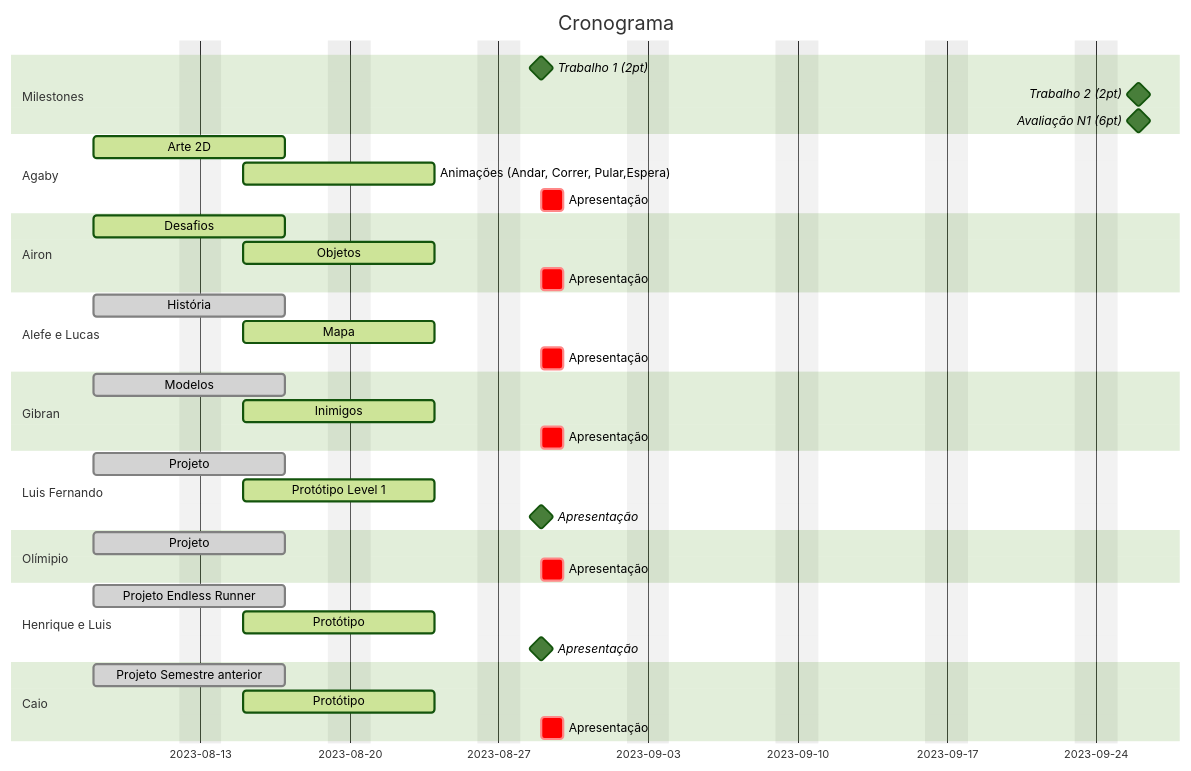
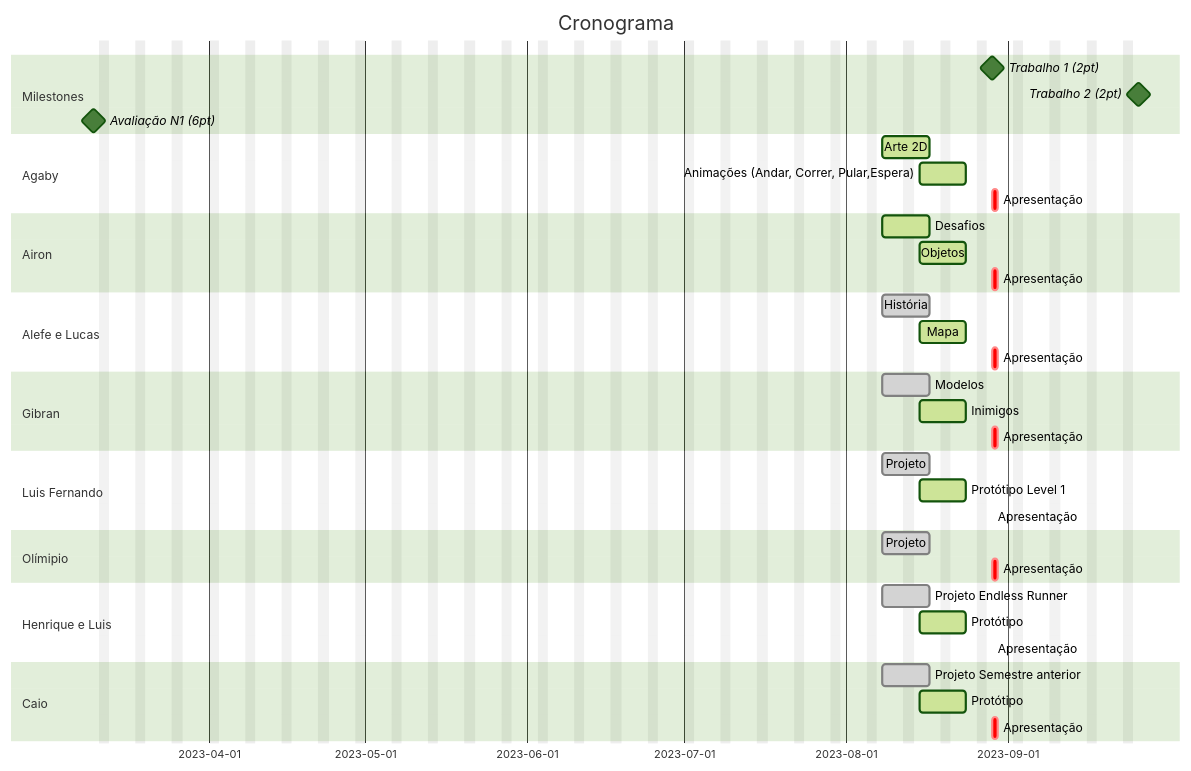
The diagram in docs/_pages/planejamento/02-projetos-acompanhamento.md (myerco/CafeGeek), drawn with Mermaid (forest theme) before and after one commit. The commit also changed 2 other files, not shown here.

```diff
--- a/docs/_pages/planejamento/02-projetos-acompanhamento.md
+++ b/docs/_pages/planejamento/02-projetos-acompanhamento.md
@@ -19,51 +19,51 @@
 <div class="mermaid">
 gantt
     title Cronograma
     dateFormat YYYY-MM-DD
     excludes weekends
 
     section Milestones
         Trabalho 1 (2pt)             :milestone, 2023-08-29, 0d
         Trabalho 2 (2pt)             :milestone, 2023-09-26, 0d        
-        Avaliação N1 (6pt)           :milestone, 2023-09-26, 0d                
+        Avaliação N1 (6pt)           :milestone, 2023-03-10, 0d                
 
     section Agaby
     Arte 2D                                   :active,  a1, 2023-08-08, 7d
     Animações (Andar, Correr, Pular,Espera)   :active,  a2, 2023-08-15, 7d
     Apresentação                              :crit, a3, 2023-08-29, 1d                
     
     section Airon
     Desafios                                  :active, b1,2023-08-08, 7d
     Objetos                                   :active,  b2, 2023-08-15,7d
     Apresentação                              :crit, b3, 2023-08-29, 1d                    
 
     section Alefe e Lucas
     História                                  :done, c1,2023-08-08, 7d
     Mapa                                      :active,  c1, 2023-08-15,7d
     Apresentação                              :crit, c3, 2023-08-29, 1d                    
 
     section Gibran
     Modelos                                  :done, d1,2023-08-08, 7d
     Inimigos                                 :active,  d2, 2023-08-15,7d
     Apresentação                             :crit, d3, 2023-08-29, 1d                        
 
     section Luis Fernando
-    Projeto                                  :done, b1,2023-08-08, 7d
-    Protótipo Level 1                        :active,  a1, 2023-08-15,7d    
-    Apresentação                             :milestone, m1, 2023-08-29, 0d        
+    Projeto                                  :done, e1,2023-08-08, 7d
+    Protótipo Level 1                        :active,  e1, 2023-08-15,7d    
+    Apresentação                             :crit, e3, 2023-08-29, 0d        
 
     section Olímipio
-    Projeto                                  :done, b1,2023-08-08, 7d
-    Apresentação                             :crit, b2, 2023-08-29, 1d            
+    Projeto                                  :done, f1,2023-08-08, 7d
+    Apresentação                             :crit, f2, 2023-08-29, 1d            
     
     section Henrique e Luis
-    Projeto Endless Runner                  :done, b1,2023-08-08, 7d
-    Protótipo                               :active,  a1, 2023-08-15,7d    
-    Apresentação                            :milestone, m1, 2023-08-29, 0d        
+    Projeto Endless Runner                  :done, g1,2023-08-08, 7d
+    Protótipo                               :active,  g1, 2023-08-15,7d    
+    Apresentação                            :crit, g3, 2023-08-29, 0d        
 
     section Caio
-    Projeto Semestre anterior               :done, b1,2023-08-08, 7d
-    Protótipo                               :active,  a1, 2023-08-15,7d    
-    Apresentação                            :crit, b2, 2023-08-29, 1d                
+    Projeto Semestre anterior               :done, k1,2023-08-08, 7d
+    Protótipo                               :active,  k1, 2023-08-15,7d    
+    Apresentação                            :crit, k2, 2023-08-29, 1d                
 
 </div>
```
